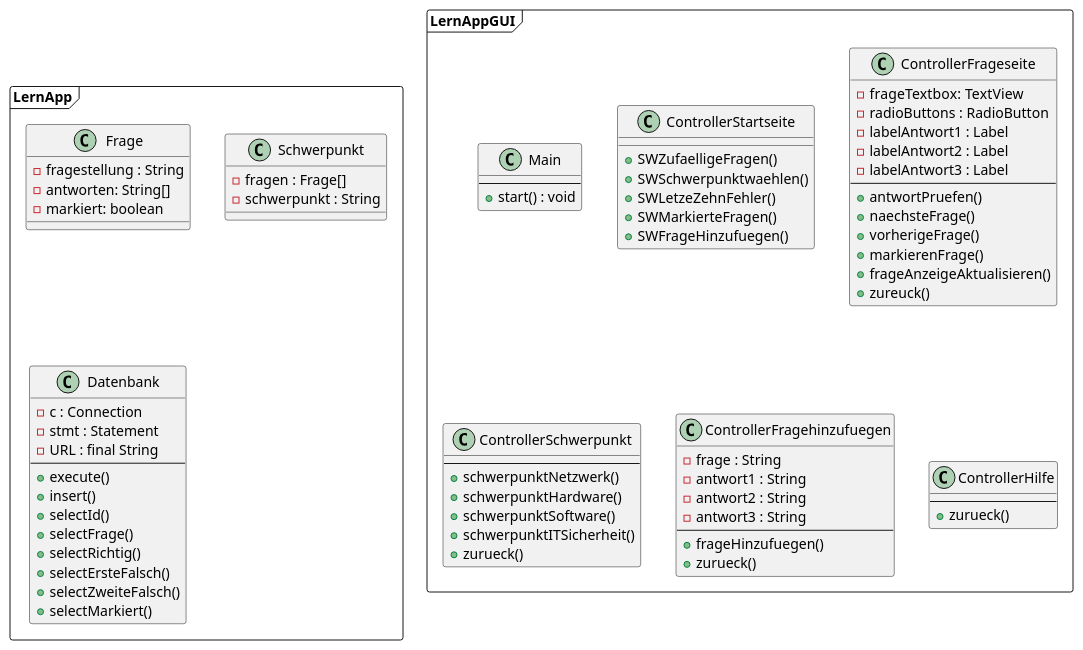
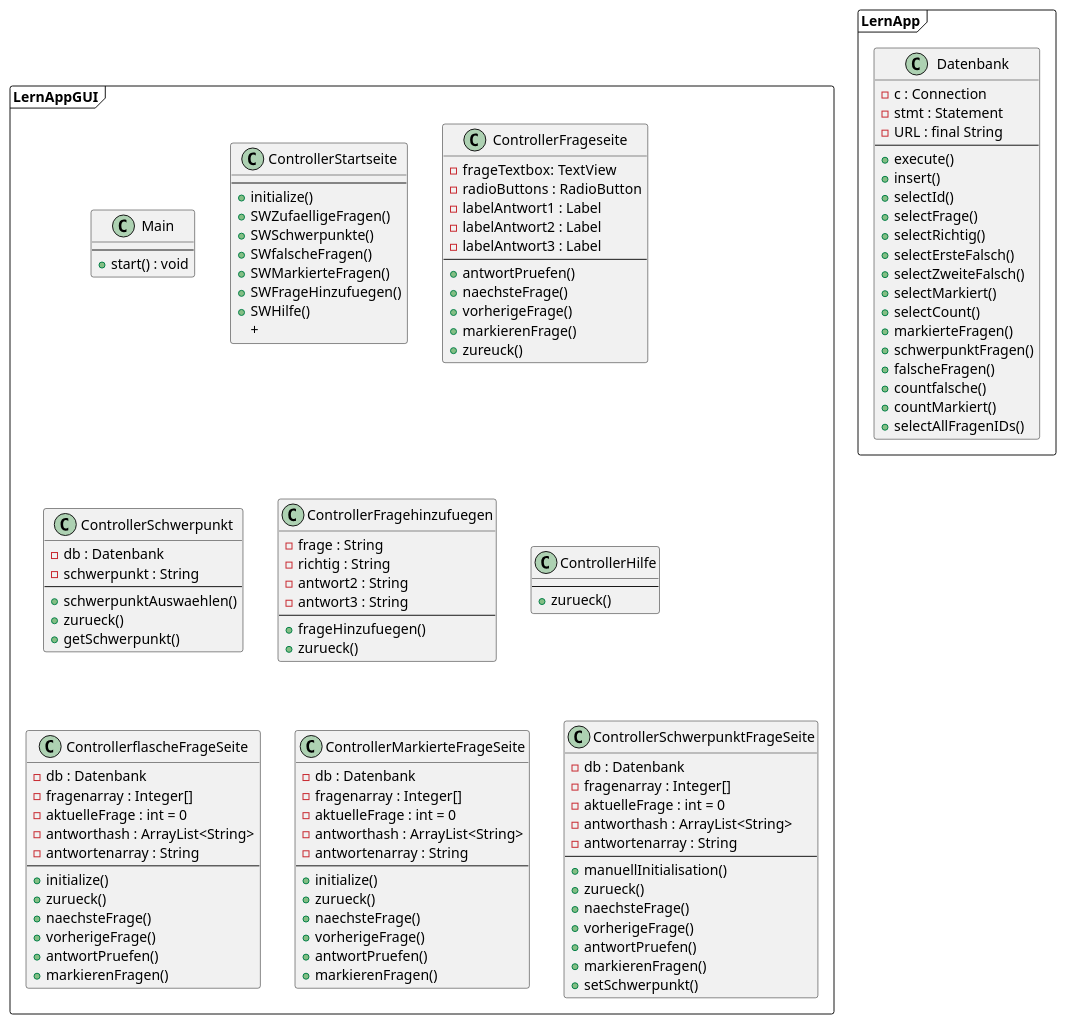
The diagram in docs/klassendiagramm.puml (DerM0narch/LernApp), drawn with PlantUML before and after one commit. The commit also changed 13 other files, not shown here.

Commit message:
Kommentare geschrieben + Diagramm aktualisiert

```diff
--- a/docs/klassendiagramm.puml
+++ b/docs/klassendiagramm.puml
@@ -1,87 +1,133 @@
 @startuml klassendiagramm
 
 frame LernApp{
-class Frage {
-    - fragestellung : String
-    - antworten: String[]
-    - markiert: boolean
-}
-
-class Schwerpunkt {
-    - fragen : Frage[]
-    - schwerpunkt : String
-}
 
 class Datenbank {
     - c : Connection
     - stmt : Statement
     - URL : final String
     --
     + execute()
     + insert()
     + selectId()
     + selectFrage()
     + selectRichtig()
     + selectErsteFalsch()
     + selectZweiteFalsch()
     + selectMarkiert()
+    + selectCount()
+    + markierteFragen()
+    + schwerpunktFragen()
+    + falscheFragen()
+    + countfalsche()
+    + countMarkiert()
+    + selectAllFragenIDs()
 }
 
 }
 
 frame LernAppGUI {
 
 class Main {
     --
     + start() : void
 }
 class ControllerStartseite {
+    --
+    + initialize()
     + SWZufaelligeFragen()
-    + SWSchwerpunktwaehlen()
-    + SWLetzeZehnFehler()
+    + SWSchwerpunkte()
+    + SWfalscheFragen()
     + SWMarkierteFragen()
     + SWFrageHinzufuegen()
+    + SWHilfe()
+    +
 }
 
 class ControllerFrageseite {
     - frageTextbox: TextView
     - radioButtons : RadioButton
     - labelAntwort1 : Label
     - labelAntwort2 : Label
     - labelAntwort3 : Label
     --
     + antwortPruefen()
     + naechsteFrage()
     + vorherigeFrage()
     + markierenFrage()
-    + frageAnzeigeAktualisieren()
     + zureuck()
 }
 
 class ControllerSchwerpunkt{
+    - db : Datenbank
+    - schwerpunkt : String
     --
-    + schwerpunktNetzwerk()
-    + schwerpunktHardware()
-    + schwerpunktSoftware()
-    + schwerpunktITSicherheit()
+    + schwerpunktAuswaehlen()
     + zurueck()
+    + getSchwerpunkt()
 }
 
 class ControllerFragehinzufuegen{
     - frage : String
-    - antwort1 : String
+    - richtig : String
     - antwort2 : String
     - antwort3 : String
     --
     + frageHinzufuegen()
     + zurueck()
 }
 
 class ControllerHilfe{
     --
     + zurueck()
 }
 
+class ControllerflascheFrageSeite{
+    - db : Datenbank
+    - fragenarray : Integer[]
+    - aktuelleFrage : int = 0
+    - antworthash : ArrayList<String>
+    - antwortenarray : String
+    --
+    + initialize()
+    + zurueck()
+    + naechsteFrage()
+    + vorherigeFrage()
+    + antwortPruefen()
+    + markierenFragen()
 }
 
+class ControllerMarkierteFrageSeite{
+    - db : Datenbank
+    - fragenarray : Integer[]
+    - aktuelleFrage : int = 0
+    - antworthash : ArrayList<String>
+    - antwortenarray : String
+    --
+    + initialize()
+    + zurueck()
+    + naechsteFrage()
+    + vorherigeFrage()
+    + antwortPruefen()
+    + markierenFragen()
+}
+
+class ControllerSchwerpunktFrageSeite{
+    - db : Datenbank
+    - fragenarray : Integer[]
+    - aktuelleFrage : int = 0
+    - antworthash : ArrayList<String>
+    - antwortenarray : String
+    --
+    + manuellInitialisation()
+    + zurueck()
+    + naechsteFrage()
+    + vorherigeFrage()
+    + antwortPruefen()
+    + markierenFragen()
+    + setSchwerpunkt()
+}
+
+
+
 @enduml
```
